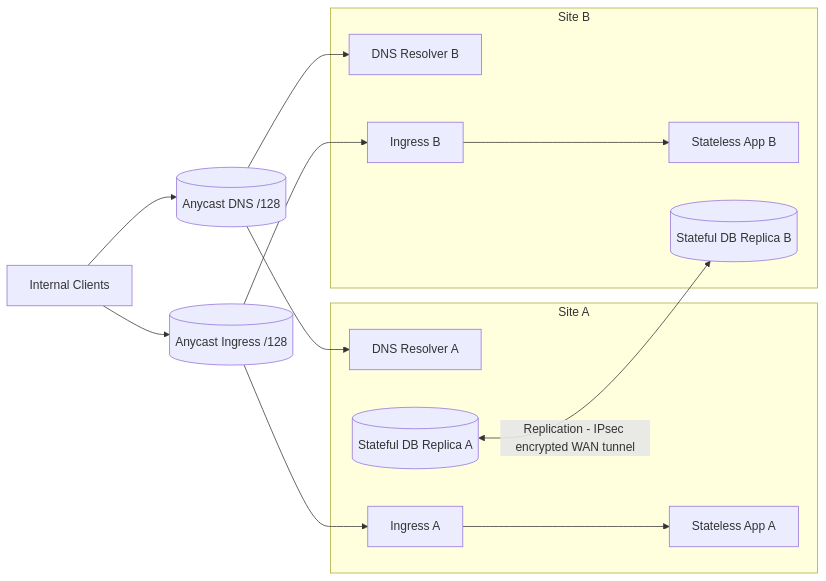
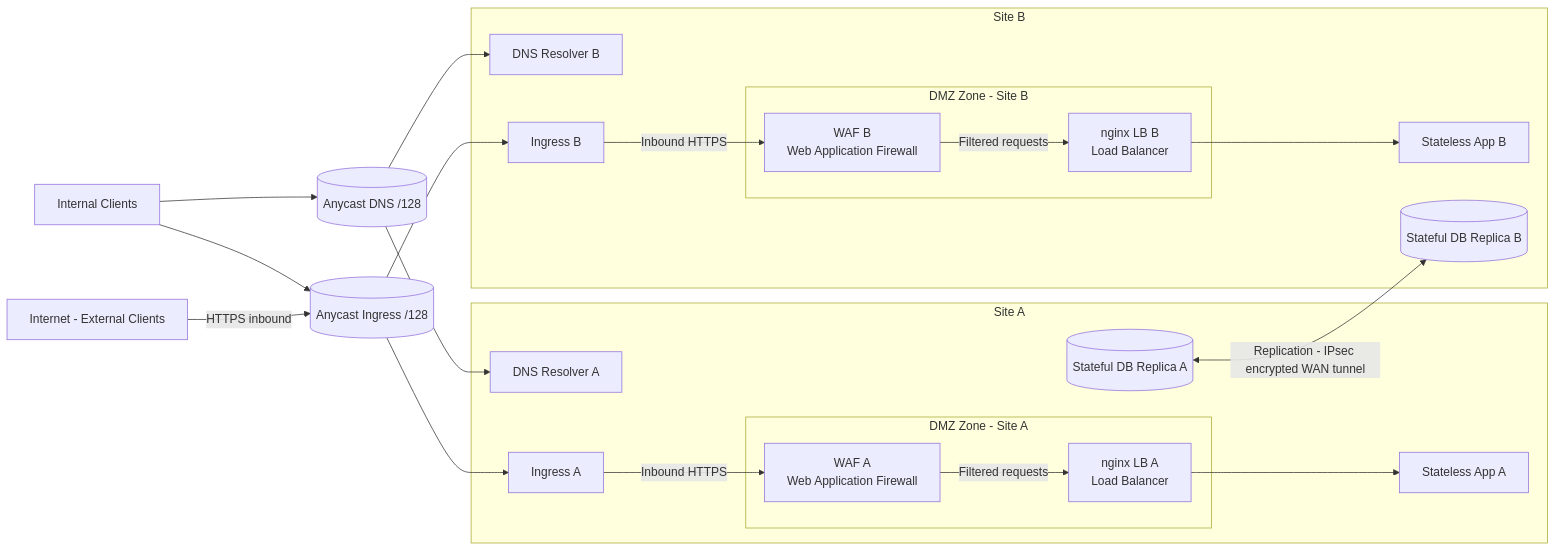
One commit to pancakesaregood/distributed-dc changed the diagram in network-spanned-dc/docs/03_diagrams/services_anycast.mmd.md. Above: the diagram before and after it, drawn with Mermaid. The commit also changed 6 other files, not shown here.

````diff
--- a/network-spanned-dc/docs/03_diagrams/services_anycast.mmd.md
+++ b/network-spanned-dc/docs/03_diagrams/services_anycast.mmd.md
@@ -3,33 +3,48 @@
 ```mermaid
 graph LR
   U[Internal Clients]
+  INET[Internet - External Clients]
   DNSA[(Anycast DNS /128)]
   ING[(Anycast Ingress /128)]
 
   subgraph S1[Site A]
     DNS1[DNS Resolver A]
     IN1[Ingress A]
+    subgraph DMZ1[DMZ Zone - Site A]
+      WAF1["WAF A<br/>Web Application Firewall"]
+      LB1["nginx LB A<br/>Load Balancer"]
+    end
     APP1[Stateless App A]
     DB1[(Stateful DB Replica A)]
   end
 
   subgraph S2[Site B]
     DNS2[DNS Resolver B]
     IN2[Ingress B]
+    subgraph DMZ2[DMZ Zone - Site B]
+      WAF2["WAF B<br/>Web Application Firewall"]
+      LB2["nginx LB B<br/>Load Balancer"]
+    end
     APP2[Stateless App B]
     DB2[(Stateful DB Replica B)]
   end
 
   U --> DNSA
   U --> ING
+  INET -->|HTTPS inbound| ING
 
   DNSA --> DNS1
   DNSA --> DNS2
   ING --> IN1
   ING --> IN2
 
-  IN1 --> APP1
-  IN2 --> APP2
+  IN1 -->|Inbound HTTPS| WAF1
+  WAF1 -->|Filtered requests| LB1
+  LB1 --> APP1
+
+  IN2 -->|Inbound HTTPS| WAF2
+  WAF2 -->|Filtered requests| LB2
+  LB2 --> APP2
 
   DB1 <-->|Replication - IPsec encrypted WAN tunnel| DB2
 ```
````
